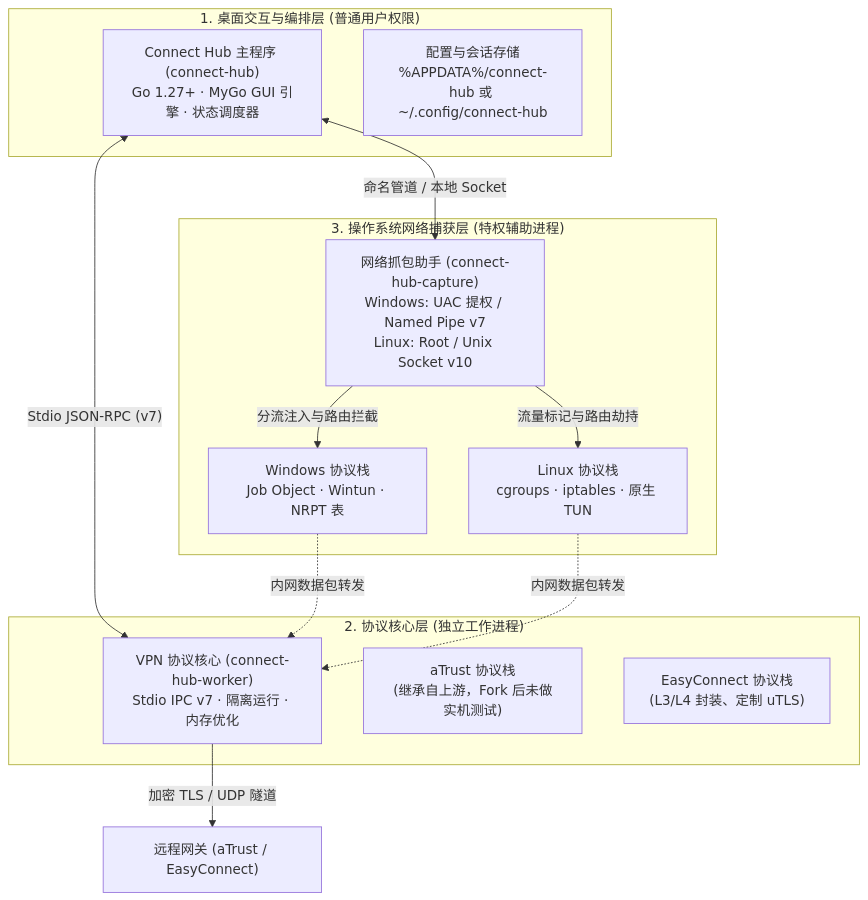
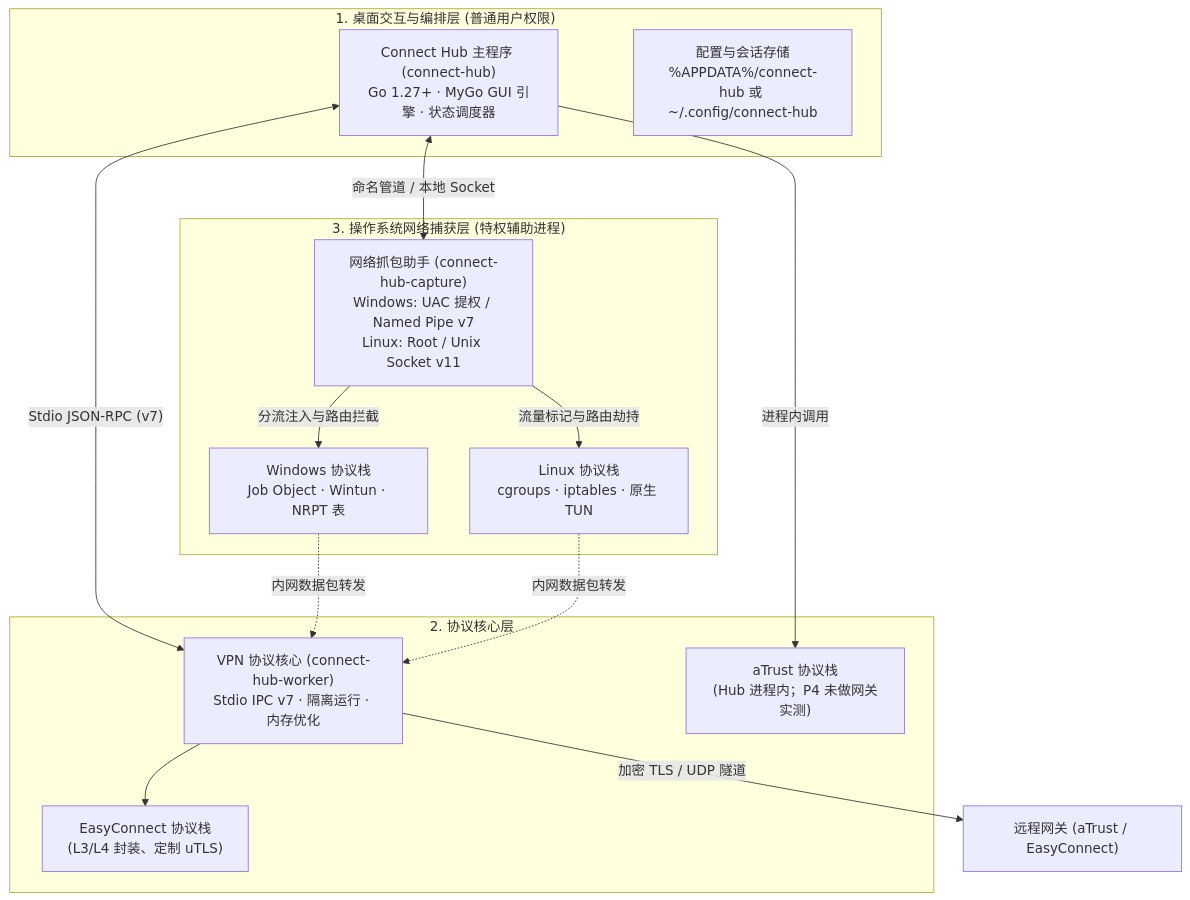
One commit to ehZyiL/aTrustHub changed the diagram in DEVELOPMENT.md. Above: the diagram before and after it, drawn with Mermaid. The commit also changed other lines of this file and 132 other files, not shown here.

````diff
--- a/DEVELOPMENT.md
+++ b/DEVELOPMENT.md
@@ -32,27 +30,29 @@
 ```mermaid
 flowchart TB
     subgraph Layer1 ["1. 桌面交互与编排层 (普通用户权限)"]
         GUI["Connect Hub 主程序 (connect-hub)<br/>Go 1.27+ · MyGo GUI 引擎 · 状态调度器"]
         Config["配置与会话存储<br/>%APPDATA%/connect-hub 或 ~/.config/connect-hub"]
     end
 
-    subgraph Layer2 ["2. 协议核心层 (独立工作进程)"]
+    subgraph Layer2 ["2. 协议核心层"]
         Worker["VPN 协议核心 (connect-hub-worker)<br/>Stdio IPC v7 · 隔离运行 · 内存优化"]
-        aTrustProto["aTrust 协议栈<br/>(继承自上游，Fork 后未做实机测试)"]
+        aTrustProto["aTrust 协议栈<br/>(Hub 进程内；P4 未做网关实测)"]
         EasyConnectProto["EasyConnect 协议栈<br/>(L3/L4 封装、定制 uTLS)"]
     end
 
     subgraph Layer3 ["3. 操作系统网络捕获层 (特权辅助进程)"]
-        Helper["网络抓包助手 (connect-hub-capture)<br/>Windows: UAC 提权 / Named Pipe v7<br/>Linux: Root / Unix Socket v10"]
+        Helper["网络抓包助手 (connect-hub-capture)<br/>Windows: UAC 提权 / Named Pipe v7<br/>Linux: Root / Unix Socket v11"]
         WinNet["Windows 协议栈<br/>Job Object · Wintun · NRPT 表"]
         LinuxNet["Linux 协议栈<br/>cgroups · iptables · 原生 TUN"]
     end
 
+    GUI -->|"进程内调用"| aTrustProto
+    Worker --> EasyConnectProto
     GUI <-->|"Stdio JSON-RPC (v7)"| Worker
     GUI <-->|"命名管道 / 本地 Socket"| Helper
     Worker -->|"加密 TLS / UDP 隧道"| Gateways["远程网关 (aTrust / EasyConnect)"]
     Helper -->|"分流注入与路由拦截"| WinNet
     Helper -->|"流量标记与路由劫持"| LinuxNet
     WinNet -.->|"内网数据包转发"| Worker
     LinuxNet -.->|"内网数据包转发"| Worker
 ```
````
